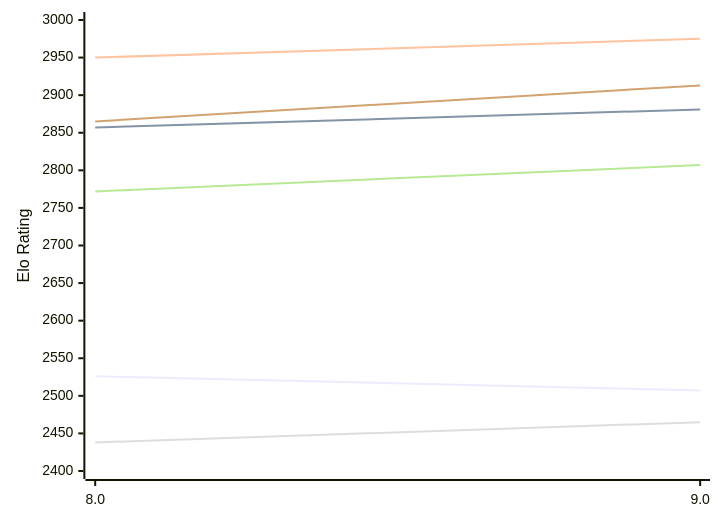
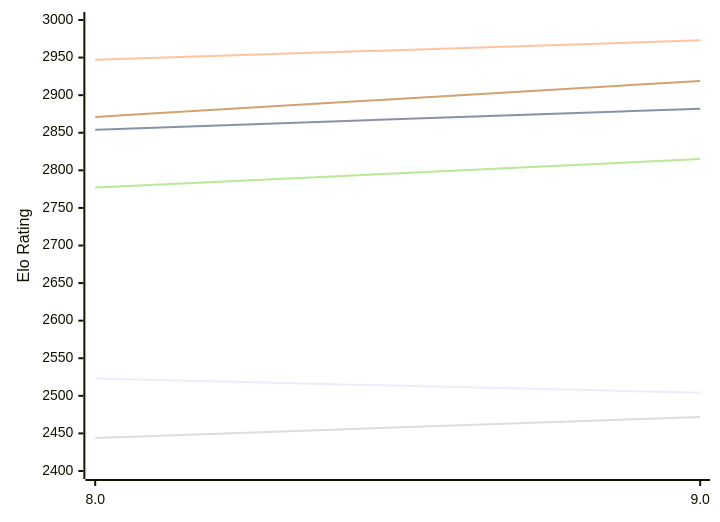
The first of 2 diagrams in engines/4kc.md (computer-chess-index/cci), drawn with Mermaid before and after one commit. The commit also changed other lines of this file, not shown here.

Commit message:
Update CCI Ratings (ELO VLTC) - 2026-11-23

````diff
--- a/engines/4kc.md
+++ b/engines/4kc.md
@@ -51,12 +51,12 @@
 ```mermaid
 %%{init: {"theme":"base","themeVariables":{"seriesColors:['#a3a3a3','#222221','#faa371']}}}%%
 xychart-beta
   x-axis ["8.0", "9.0"]
   y-axis "Elo Rating" 2400 --> 3000
-  line "E1: STC (8.0+0.08s)" [2526, 2507]
-  line "E1: LTC (60.0+0.60s)" [2857, 2881]
-  line "E1: VLTC (2m24s+1.12s)" [2950, 2975]
-  line "P1: STC (8.0+0.08s)" [2438, 2465]
-  line "P1: LTC (60.0+0.60s)" [2772, 2807]
-  line "P1: VLTC (2m24s+1.12s)" [2865, 2913]
+  line "E1: STC (8.0+0.08s)" [2523, 2504]
+  line "E1: LTC (60.0+0.60s)" [2854, 2882]
+  line "E1: VLTC (2m24s+1.12s)" [2947, 2973]
+  line "P1: STC (8.0+0.08s)" [2444, 2472]
+  line "P1: LTC (60.0+0.60s)" [2777, 2815]
+  line "P1: VLTC (2m24s+1.12s)" [2871, 2919]
 ```
````
